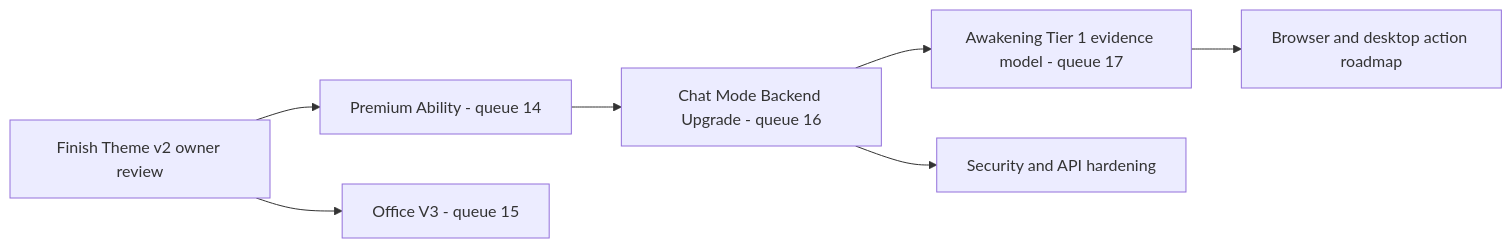
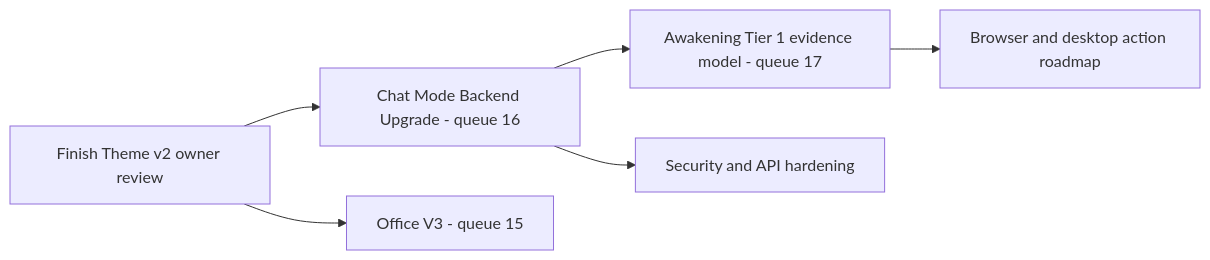
The diagram in docs/03_ROADMAP.md (binhvu284/tobi), drawn with Mermaid before and after one commit. The commit also changed other lines of this file and 5 other files, not shown here.

Commit message:
Refresh docs after Premium Ability delivery

````diff
--- a/docs/03_ROADMAP.md
+++ b/docs/03_ROADMAP.md
@@ -13,9 +13,8 @@
 ```mermaid
 flowchart LR
-  A[Finish Theme v2 owner review] --> B[Premium Ability - queue 14]
-  B --> C[Chat Mode Backend Upgrade - queue 16]
+  A[Finish Theme v2 owner review] --> C[Chat Mode Backend Upgrade - queue 16]
   C --> D[Awakening Tier 1 evidence model - queue 17]
   A --> E[Office V3 - queue 15]
   C --> F[Security and API hardening]
   D --> G[Browser and desktop action roadmap]
 ```
````
